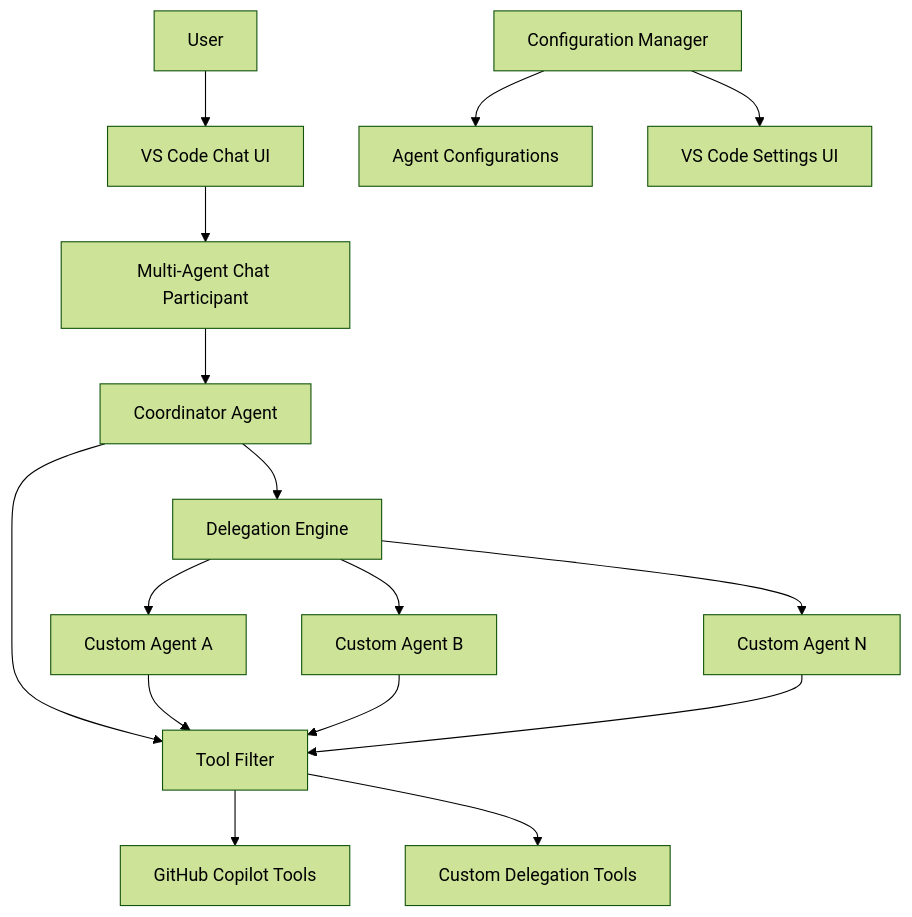
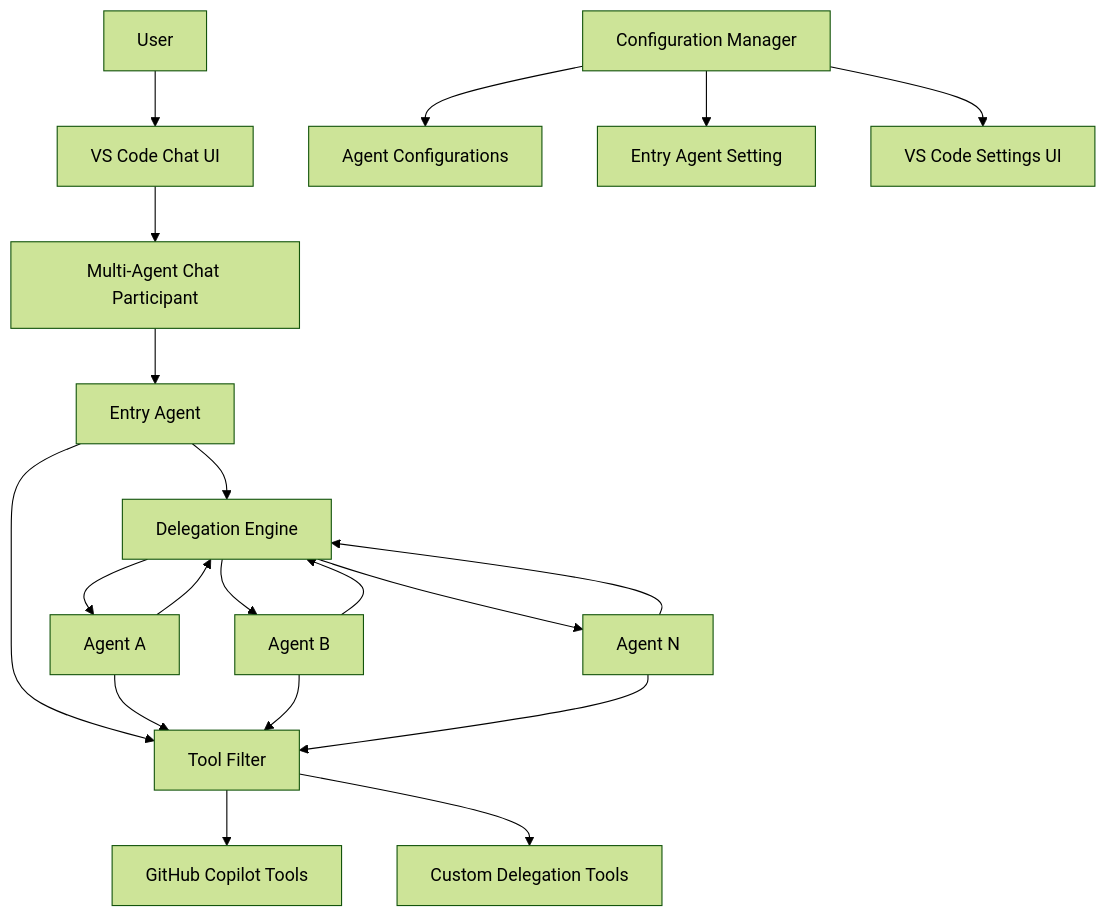
The diagram in .kiro/specs/copilot-multi-agent/design.md (mvduijnhoven/copilot-multi-agent), drawn with Mermaid (forest theme) before and after one commit. The commit also changed other lines of this file and 38 other files, not shown here.

Commit message:
Make agents equal in terms of configuration with one entry agent. (WIP)

````diff
--- a/.kiro/specs/copilot-multi-agent/design.md
+++ b/.kiro/specs/copilot-multi-agent/design.md
@@ -13,22 +13,27 @@
 ```mermaid
 graph TB
     User[User] --> ChatUI[VS Code Chat UI]
     ChatUI --> ChatParticipant[Multi-Agent Chat Participant]
-    ChatParticipant --> Coordinator[Coordinator Agent]
+    ChatParticipant --> EntryAgent[Entry Agent]
     
-    Coordinator --> ToolFilter[Tool Filter]
+    EntryAgent --> ToolFilter[Tool Filter]
     ToolFilter --> CopilotTools[GitHub Copilot Tools]
     ToolFilter --> CustomTools[Custom Delegation Tools]
     
-    Coordinator --> DelegationEngine[Delegation Engine]
-    DelegationEngine --> AgentA[Custom Agent A]
-    DelegationEngine --> AgentB[Custom Agent B]
-    DelegationEngine --> AgentN[Custom Agent N]
+    EntryAgent --> DelegationEngine[Delegation Engine]
+    DelegationEngine --> AgentA[Agent A]
+    DelegationEngine --> AgentB[Agent B]
+    DelegationEngine --> AgentN[Agent N]
     
     ConfigManager[Configuration Manager] --> AgentConfig[Agent Configurations]
+    ConfigManager --> EntryAgentConfig[Entry Agent Setting]
     ConfigManager --> SettingsUI[VS Code Settings UI]
     
     AgentA --> ToolFilter
     AgentB --> ToolFilter
     AgentN --> ToolFilter
+    
+    AgentA --> DelegationEngine
+    AgentB --> DelegationEngine
+    AgentN --> DelegationEngine
 ```
````
